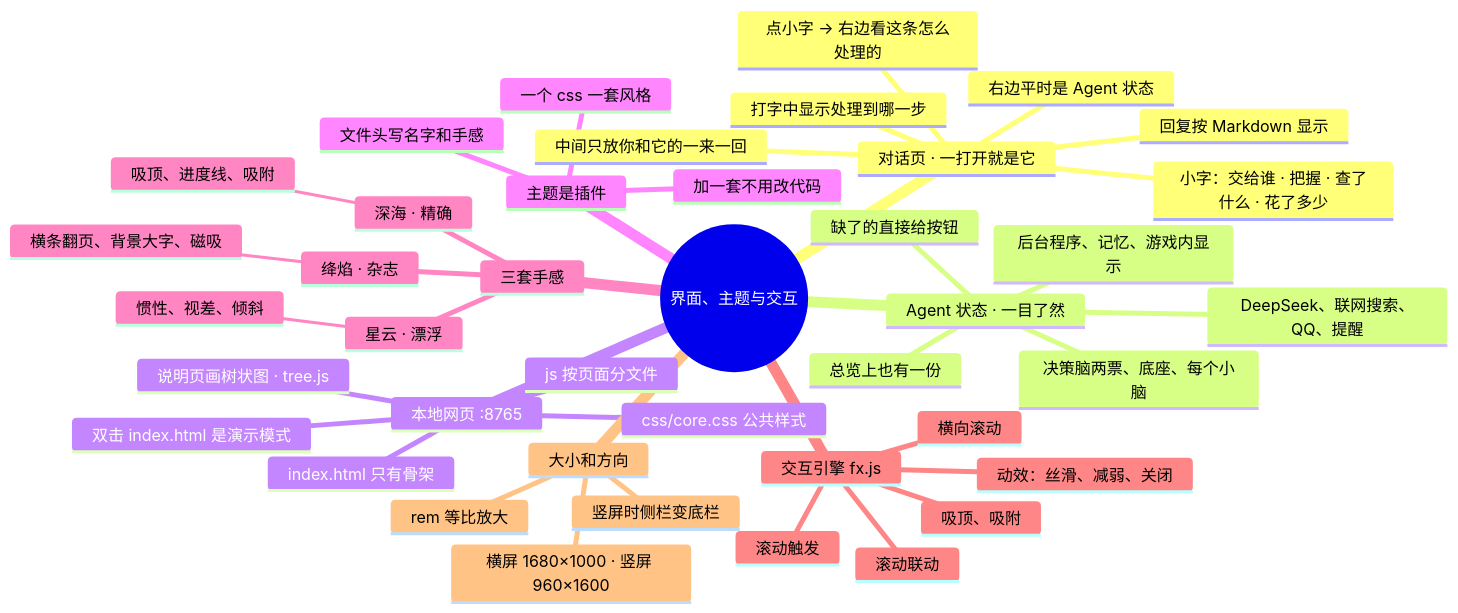
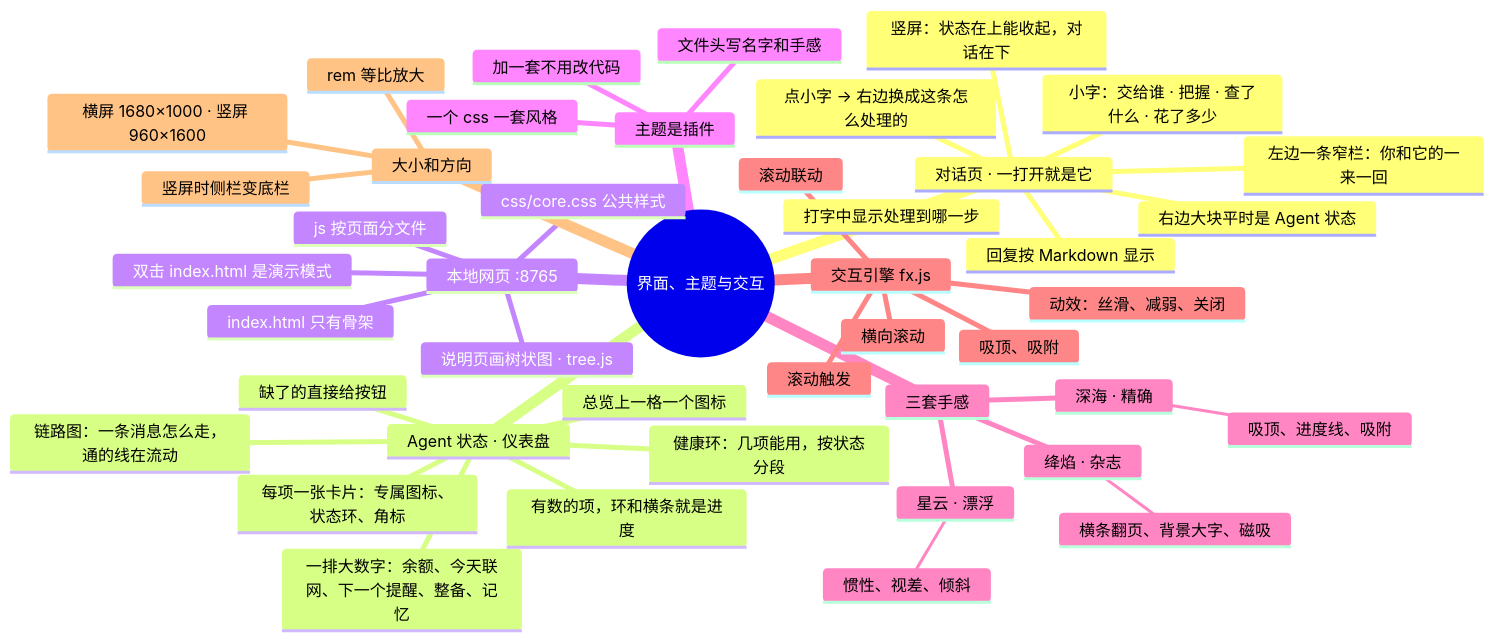
The diagram in docs/AI文档/架构/12-界面主题与交互.md (lql-076/Experiment-Agent-One), drawn with Mermaid before and after one commit. The commit also changed other lines of this file and 14 other files, not shown here.

First line of the commit message:
v1.7.1：对话页聊天收窄，Agent 状态改成图标仪表盘

````diff
--- a/docs/AI文档/架构/12-界面主题与交互.md
+++ b/docs/AI文档/架构/12-界面主题与交互.md
@@ -9,44 +9,47 @@
 ```mermaid
 mindmap
   root((界面、主题与交互))
     对话页 · 一打开就是它
-      中间只放你和它的一来一回
+      左边一条窄栏：你和它的一来一回
       回复按 Markdown 显示
       打字中显示处理到哪一步
       小字：交给谁 · 把握 · 查了什么 · 花了多少
-      点小字 → 右边看这条怎么处理的
-      右边平时是 Agent 状态
-    Agent 状态 · 一目了然
-      决策脑两票、底座、每个小脑
-      DeepSeek、联网搜索、QQ、提醒
-      后台程序、记忆、游戏内显示
+      点小字 → 右边换成这条怎么处理的
+      右边大块平时是 Agent 状态
+      竖屏：状态在上能收起，对话在下
+    Agent 状态 · 仪表盘
+      健康环：几项能用，按状态分段
+      链路图：一条消息怎么走，通的线在流动
+      一排大数字：余额、今天联网、下一个提醒、整备、记忆
+      每项一张卡片：专属图标、状态环、角标
+      有数的项，环和横条就是进度
       缺了的直接给按钮
-      总览上也有一份
+      总览上一格一个图标
     本地网页 :8765
       index.html 只有骨架
       css/core.css 公共样式
       js 按页面分文件
       双击 index.html 是演示模式
       说明页画树状图 · tree.js
     主题是插件
       一个 css 一套风格
       文件头写名字和手感
       加一套不用改代码
     三套手感
       星云 · 漂浮
         惯性、视差、倾斜
       深海 · 精确
         吸顶、进度线、吸附
       绛焰 · 杂志
         横条翻页、背景大字、磁吸
     交互引擎 fx.js
       滚动触发
       滚动联动
       吸顶、吸附
       横向滚动
       动效：丝滑、减弱、关闭
     大小和方向
       rem 等比放大
       横屏 1680×1000 · 竖屏 960×1600
       竖屏时侧栏变底栏
 ```
````
